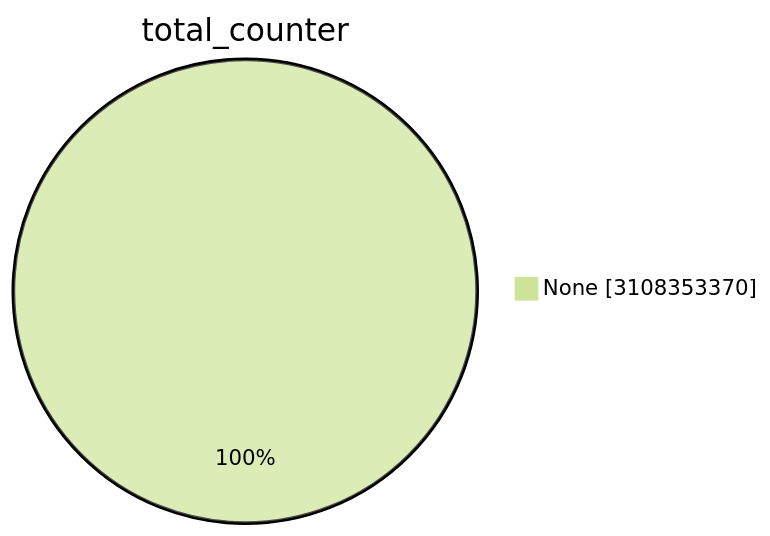
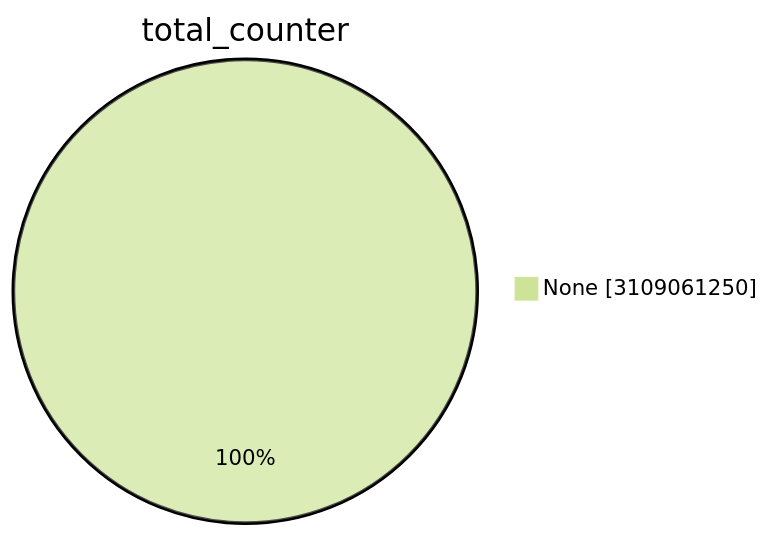
One commit to christiankrug/ctmonitor_visualization changed the first of 15 diagrams in TOTAL/README.md. Above: the diagram before and after it, drawn with Mermaid (forest theme). The commit also changed other lines of this file, not shown here.

````diff
--- a/TOTAL/README.md
+++ b/TOTAL/README.md
@@ -1,5 +1,5 @@
 ```mermaid
 pie showData
 title total_counter
-"None" :3108353370
+"None" :3109061250
 ```
````
